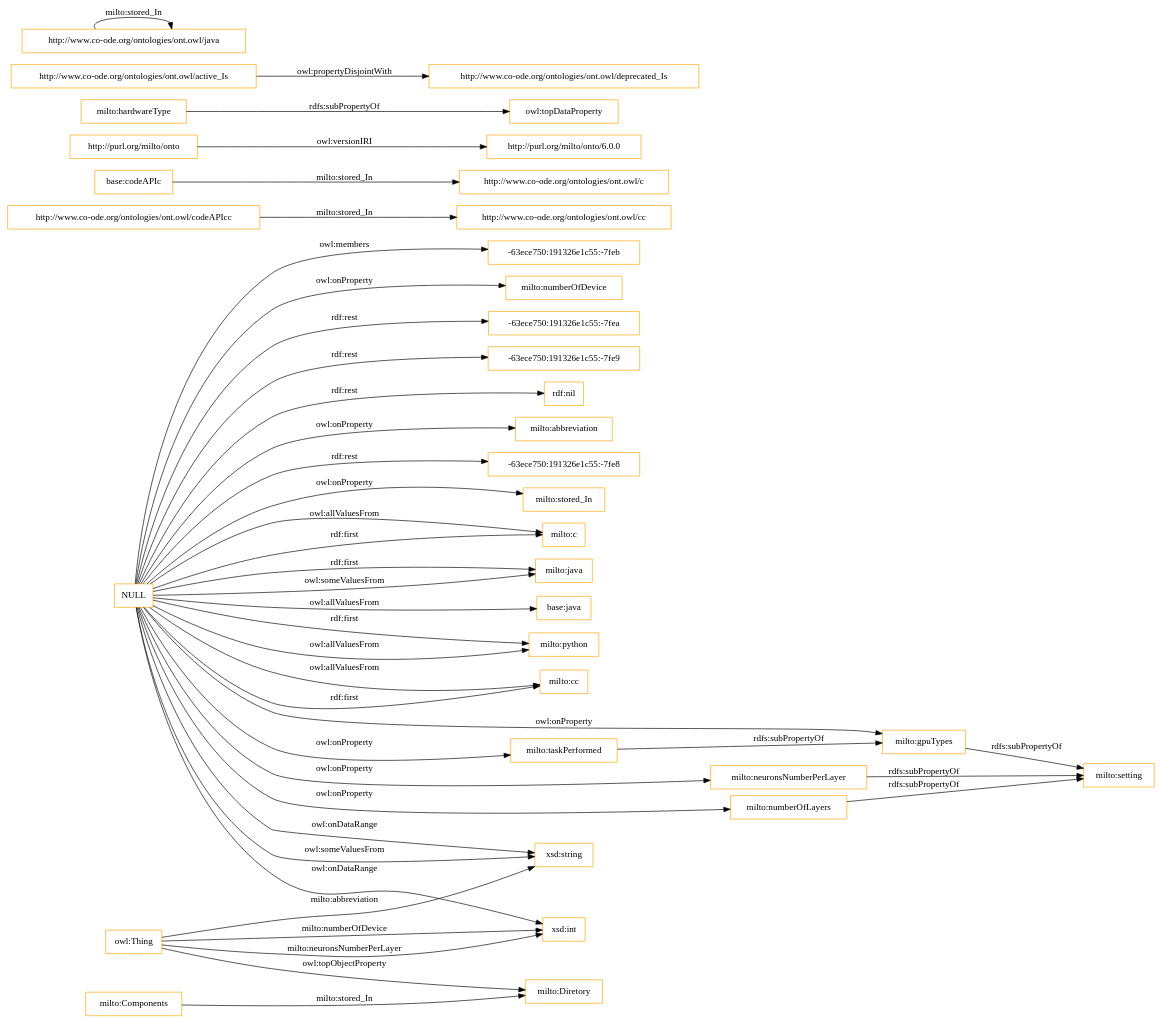
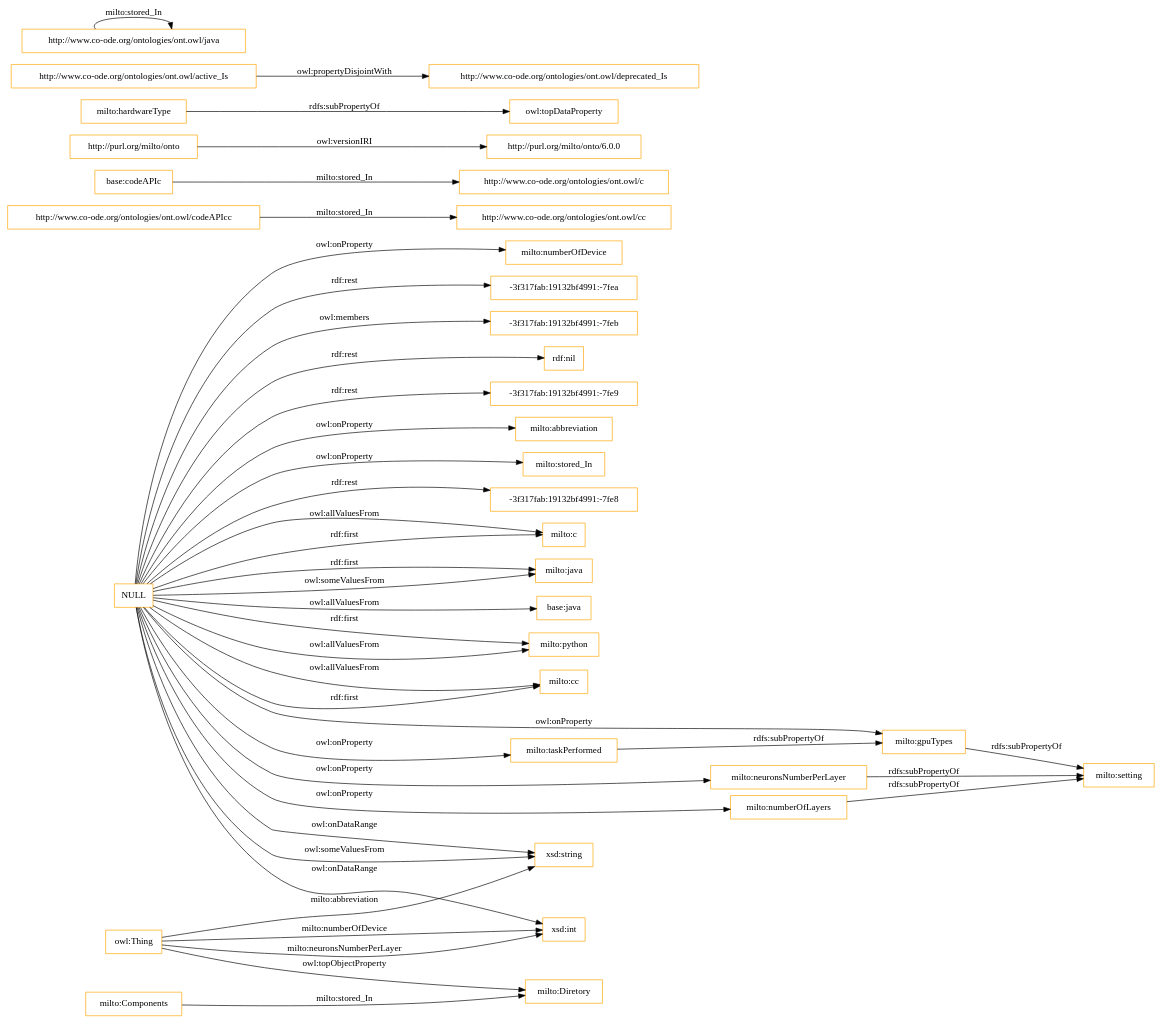
Before and after one commit to OnToologyUser/MiLTO_DOU: the diagram in OnToology/milto6.rdf/diagrams/ar2dtool-class/milto6.rdf.png.dot, drawn with Graphviz. The commit also changed 2 other files, not shown here.

```diff
--- a/OnToology/milto6.rdf/diagrams/ar2dtool-class/milto6.rdf.png.dot
+++ b/OnToology/milto6.rdf/diagrams/ar2dtool-class/milto6.rdf.png.dot
@@ -1,45 +1,45 @@
 digraph ar2dtool_diagram { 
 rankdir=LR;
 size="1501"
 node [shape = rectangle, color="orange"]; "milto:c" "milto:Diretory" "milto:java" "base:java" "milto:python" "milto:cc" "milto:Components" ; /*classes style*/
 	"milto:gpuTypes" -> "milto:setting" [ label = "rdfs:subPropertyOf" ];
 	"milto:neuronsNumberPerLayer" -> "milto:setting" [ label = "rdfs:subPropertyOf" ];
 	"http://www.co-ode.org/ontologies/ont.owl/codeAPIcc" -> "http://www.co-ode.org/ontologies/ont.owl/cc" [ label = "milto:stored_In" ];
 	"base:codeAPIc" -> "http://www.co-ode.org/ontologies/ont.owl/c" [ label = "milto:stored_In" ];
 	"http://purl.org/milto/onto" -> "http://purl.org/milto/onto/6.0.0" [ label = "owl:versionIRI" ];
 	"milto:hardwareType" -> "owl:topDataProperty" [ label = "rdfs:subPropertyOf" ];
 	"http://www.co-ode.org/ontologies/ont.owl/active_Is" -> "http://www.co-ode.org/ontologies/ont.owl/deprecated_Is" [ label = "owl:propertyDisjointWith" ];
 	"http://www.co-ode.org/ontologies/ont.owl/java" -> "http://www.co-ode.org/ontologies/ont.owl/java" [ label = "milto:stored_In" ];
 	"NULL" -> "milto:c" [ label = "owl:allValuesFrom" ];
 	"NULL" -> "milto:java" [ label = "rdf:first" ];
 	"NULL" -> "xsd:string" [ label = "owl:someValuesFrom" ];
-	"NULL" -> "-63ece750:191326e1c55:-7feb" [ label = "owl:members" ];
 	"NULL" -> "base:java" [ label = "owl:allValuesFrom" ];
 	"NULL" -> "milto:taskPerformed" [ label = "owl:onProperty" ];
 	"NULL" -> "milto:numberOfDevice" [ label = "owl:onProperty" ];
 	"NULL" -> "milto:java" [ label = "owl:someValuesFrom" ];
 	"NULL" -> "milto:numberOfLayers" [ label = "owl:onProperty" ];
-	"NULL" -> "-63ece750:191326e1c55:-7fea" [ label = "rdf:rest" ];
 	"NULL" -> "milto:neuronsNumberPerLayer" [ label = "owl:onProperty" ];
-	"NULL" -> "-63ece750:191326e1c55:-7fe9" [ label = "rdf:rest" ];
+	"NULL" -> "-3f317fab:19132bf4991:-7fea" [ label = "rdf:rest" ];
+	"NULL" -> "-3f317fab:19132bf4991:-7feb" [ label = "owl:members" ];
 	"NULL" -> "milto:python" [ label = "rdf:first" ];
 	"NULL" -> "milto:python" [ label = "owl:allValuesFrom" ];
 	"NULL" -> "milto:cc" [ label = "owl:allValuesFrom" ];
 	"NULL" -> "rdf:nil" [ label = "rdf:rest" ];
+	"NULL" -> "-3f317fab:19132bf4991:-7fe9" [ label = "rdf:rest" ];
 	"NULL" -> "xsd:string" [ label = "owl:onDataRange" ];
 	"NULL" -> "milto:abbreviation" [ label = "owl:onProperty" ];
 	"NULL" -> "xsd:int" [ label = "owl:onDataRange" ];
 	"NULL" -> "milto:c" [ label = "rdf:first" ];
-	"NULL" -> "-63ece750:191326e1c55:-7fe8" [ label = "rdf:rest" ];
 	"NULL" -> "milto:stored_In" [ label = "owl:onProperty" ];
 	"NULL" -> "milto:cc" [ label = "rdf:first" ];
+	"NULL" -> "-3f317fab:19132bf4991:-7fe8" [ label = "rdf:rest" ];
 	"NULL" -> "milto:gpuTypes" [ label = "owl:onProperty" ];
 	"milto:taskPerformed" -> "milto:gpuTypes" [ label = "rdfs:subPropertyOf" ];
 	"milto:numberOfLayers" -> "milto:setting" [ label = "rdfs:subPropertyOf" ];
 	"owl:Thing" -> "xsd:int" [ label = "milto:neuronsNumberPerLayer" ];
 	"owl:Thing" -> "xsd:int" [ label = "milto:numberOfDevice" ];
 	"owl:Thing" -> "xsd:string" [ label = "milto:abbreviation" ];
 	"milto:Components" -> "milto:Diretory" [ label = "milto:stored_In" ];
 	"owl:Thing" -> "milto:Diretory" [ label = "owl:topObjectProperty" ];
 
 }
```
